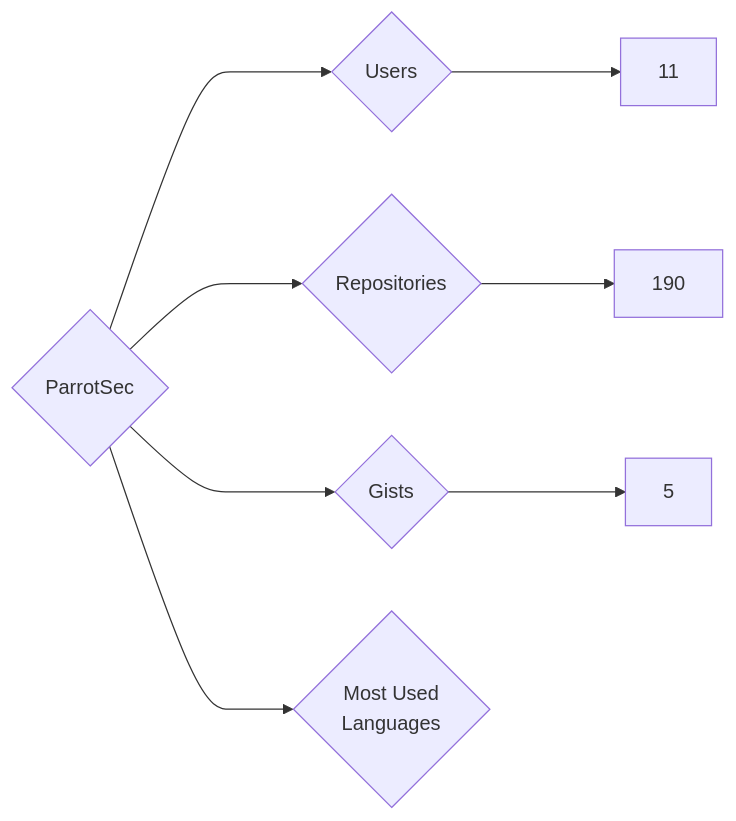
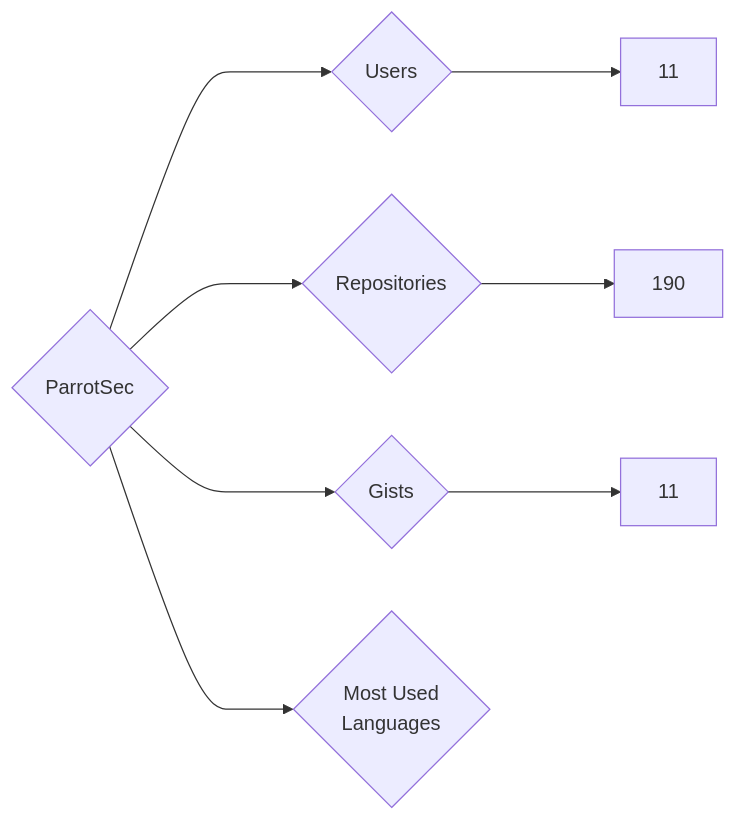
One commit to nenadzaric/insiders changed the diagram in targets/ParrotSec/README.md. Above: the diagram before and after it, drawn with Mermaid. The commit also changed 1342 other files, not shown here.

````diff
--- a/targets/ParrotSec/README.md
+++ b/targets/ParrotSec/README.md
@@ -3,8 +3,8 @@
 ```mermaid
 graph LR
 COMPANY_NAME{ParrotSec}
 COMPANY_NAME ---> U{Users} ---> UN[11]
 COMPANY_NAME ---> R{Repositories} ---> RN[190]
-COMPANY_NAME ---> G{Gists} ---> GN[5]
+COMPANY_NAME ---> G{Gists} ---> GN[11]
 COMPANY_NAME ---> ML{Most Used<br>Languages}
 ```
````
